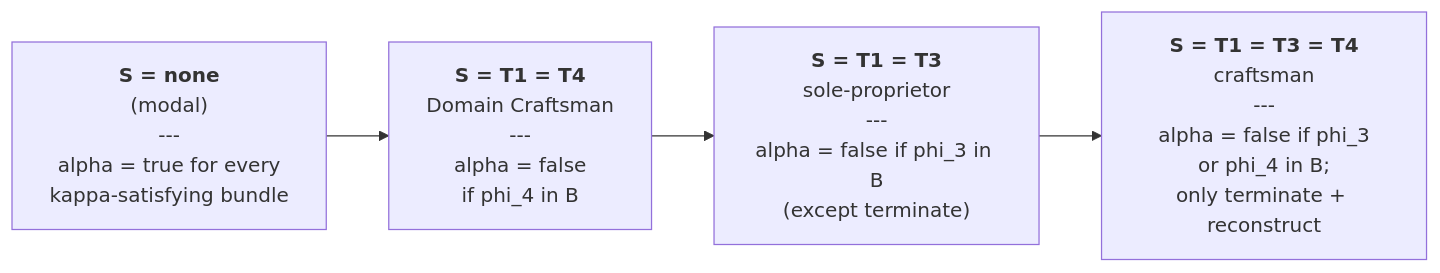
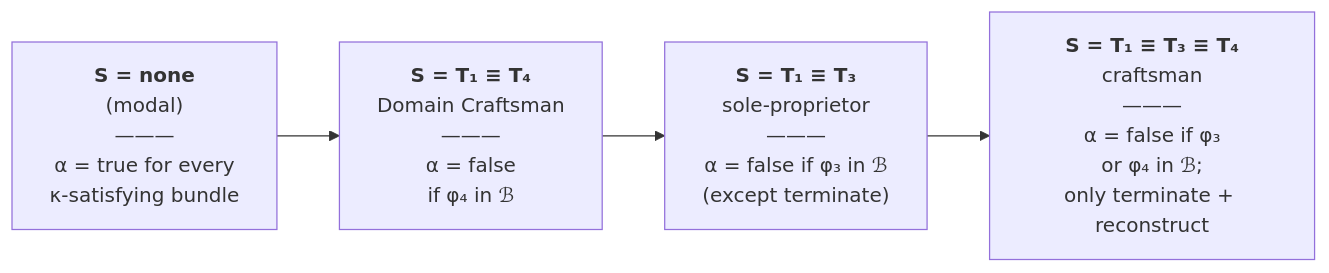
The third of 3 diagrams in tier-bundle-algebra/paper.md (spectralbranding/orgschema-papers), drawn with Mermaid before and after one commit. The commit also changed other lines of this file, not shown here.

Commit message:
tier-bundle-algebra: Unicode Greek symbols in figures (match paper math typography)

````diff
--- a/tier-bundle-algebra/paper.md
+++ b/tier-bundle-algebra/paper.md
@@ -209,8 +209,8 @@
 ```{.mermaid width=95%}
 flowchart LR
-    S0["<b>S = none</b><br/>(modal)<br/>---<br/>alpha = true for every<br/>kappa-satisfying bundle"]
-    S14["<b>S = T1 = T4</b><br/>Domain Craftsman<br/>---<br/>alpha = false<br/>if phi_4 in B"]
-    S13["<b>S = T1 = T3</b><br/>sole-proprietor<br/>---<br/>alpha = false if phi_3 in B<br/>(except terminate)"]
-    S134["<b>S = T1 = T3 = T4</b><br/>craftsman<br/>---<br/>alpha = false if phi_3<br/>or phi_4 in B;<br/>only terminate + reconstruct"]
+    S0["<b>S = none</b><br/>(modal)<br/>———<br/>α = true for every<br/>κ-satisfying bundle"]
+    S14["<b>S = T₁ ≡ T₄</b><br/>Domain Craftsman<br/>———<br/>α = false<br/>if φ₄ in ℬ"]
+    S13["<b>S = T₁ ≡ T₃</b><br/>sole-proprietor<br/>———<br/>α = false if φ₃ in ℬ<br/>(except terminate)"]
+    S134["<b>S = T₁ ≡ T₃ ≡ T₄</b><br/>craftsman<br/>———<br/>α = false if φ₃<br/>or φ₄ in ℬ;<br/>only terminate + reconstruct"]
     S0 --> S14 --> S13 --> S134
 ```
````
